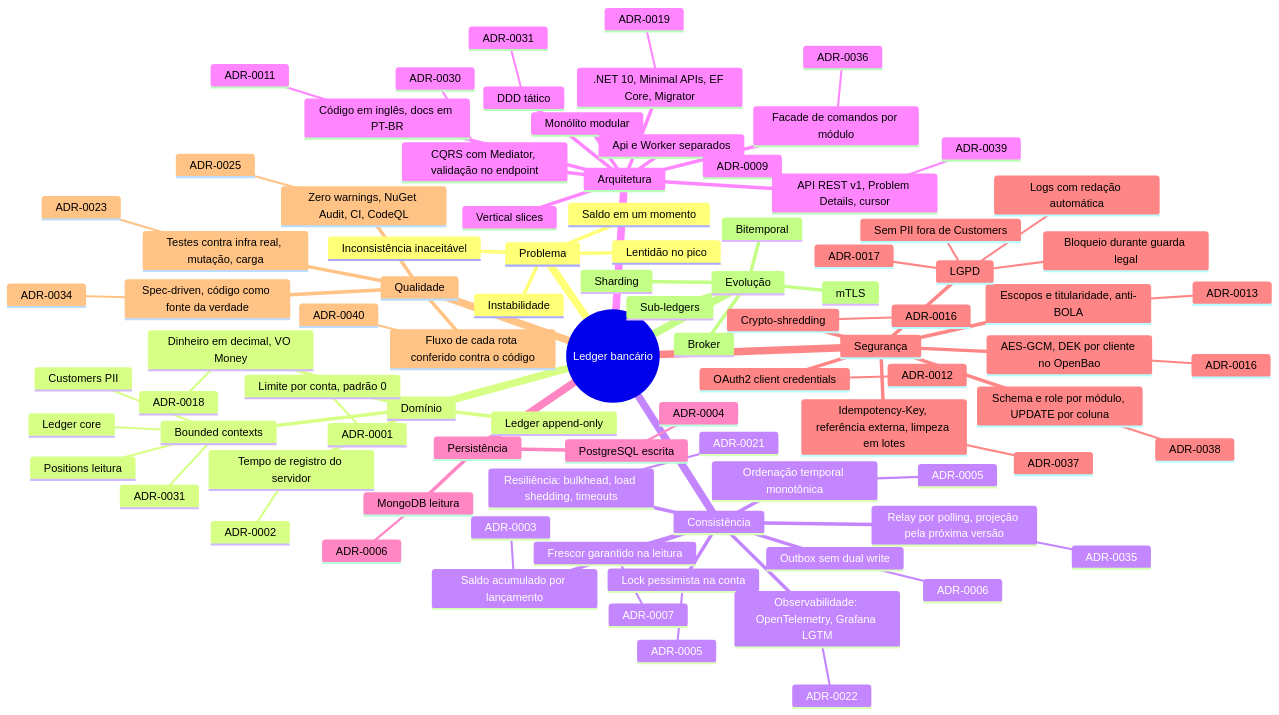
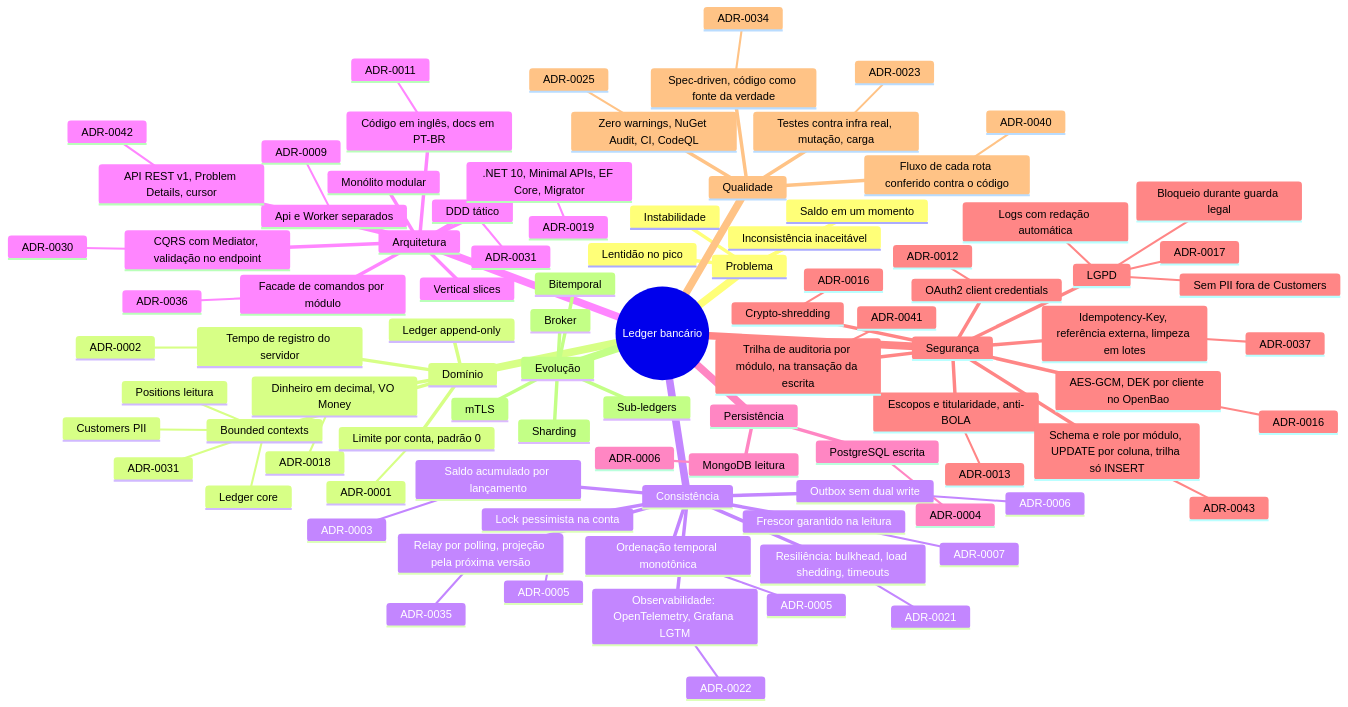
Before and after one commit to arthuurw/desafio-arquiteto-keyrus: the first of 2 diagrams in docs/mapa-de-decisoes.md, drawn with Mermaid. The commit also changed other lines of this file and 48 other files, not shown here.

```diff
--- a/docs/mapa-de-decisoes.md
+++ b/docs/mapa-de-decisoes.md
@@ -73,7 +73,7 @@
       .NET 10, Minimal APIs, EF Core, Migrator
         ADR-0019
       API REST v1, Problem Details, cursor
-        ADR-0039
+        ADR-0042
       Código em inglês, docs em PT-BR
         ADR-0011
     Persistência
@@ -88,8 +88,10 @@
         ADR-0013
       Idempotency-Key, referência externa, limpeza em lotes
         ADR-0037
-      Schema e role por módulo, UPDATE por coluna
-        ADR-0038
+      Schema e role por módulo, UPDATE por coluna, trilha só INSERT
+        ADR-0043
+      Trilha de auditoria por módulo, na transação da escrita
+        ADR-0041
       AES-GCM, DEK por cliente no OpenBao
         ADR-0016
       Crypto-shredding
```
